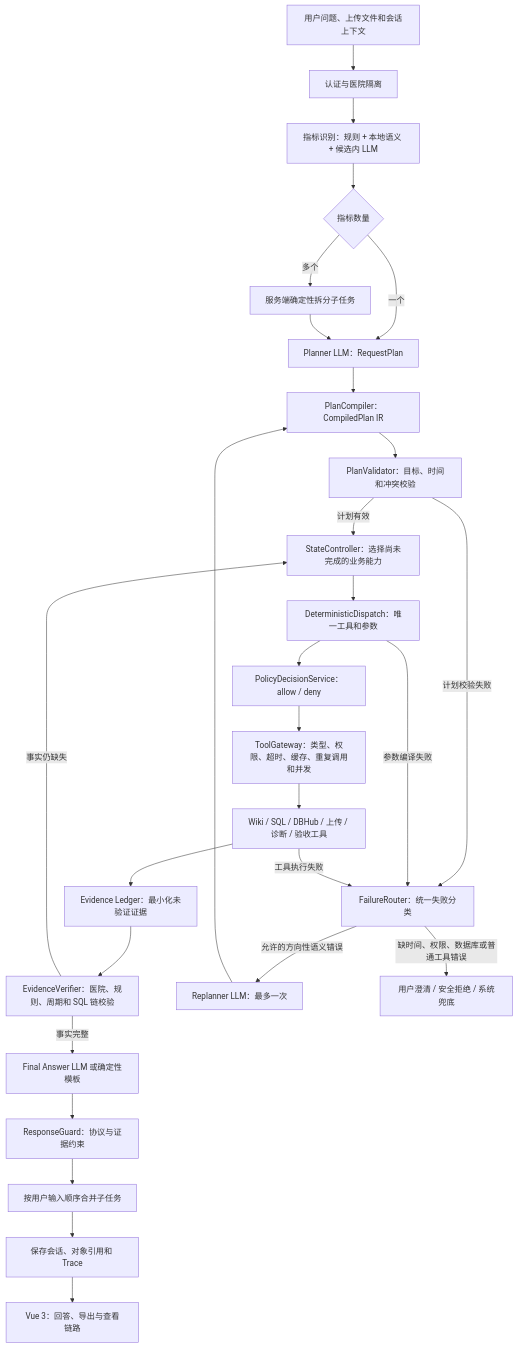
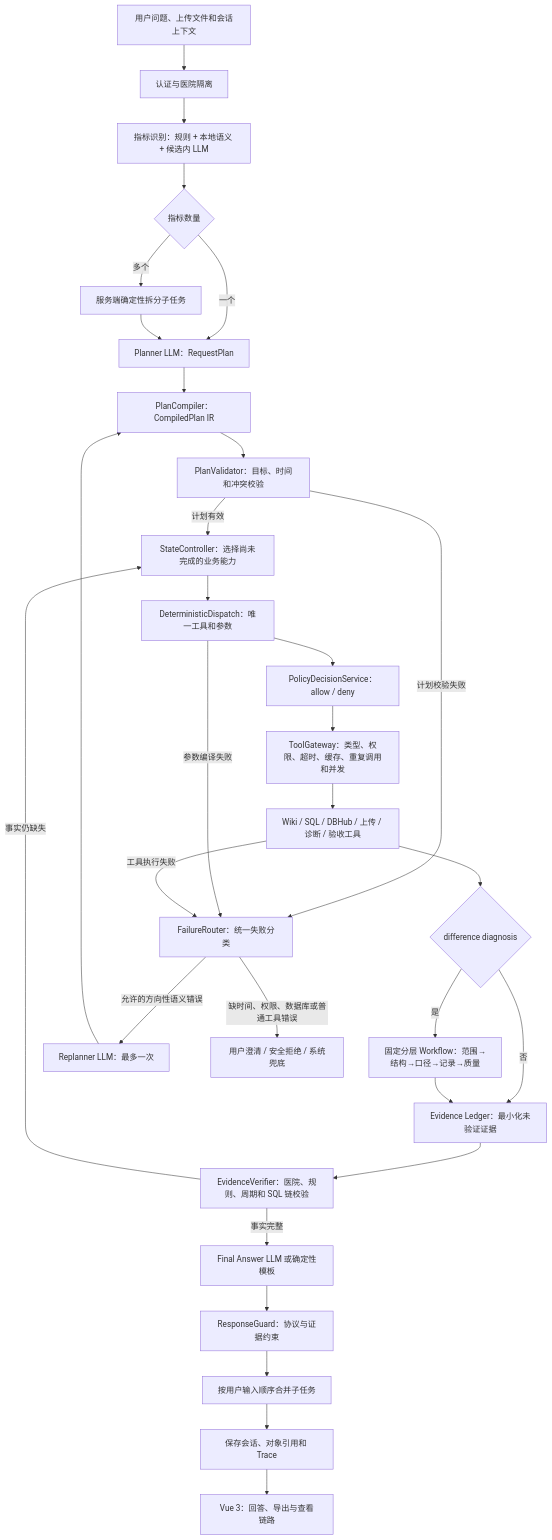
The diagram in docs/architecture/agent-runtime-current.md (KK456701/wiki-project), drawn with Mermaid before and after one commit. The commit also changed other lines of this file and 40 other files, not shown here.

````diff
--- a/docs/architecture/agent-runtime-current.md
+++ b/docs/architecture/agent-runtime-current.md
@@ -16,30 +16,34 @@
 ```mermaid
 flowchart TD
     U["用户问题、上传文件和会话上下文"] --> AUTH["认证与医院隔离"]
     AUTH --> RESOLVE["指标识别：规则 + 本地语义 + 候选内 LLM"]
     RESOLVE --> MULTI{"指标数量"}
     MULTI -->|多个| SPLIT["服务端确定性拆分子任务"]
     MULTI -->|一个| PLAN["Planner LLM：RequestPlan"]
     SPLIT --> PLAN
     PLAN --> COMPILE["PlanCompiler：CompiledPlan IR"]
     COMPILE --> VALIDATE["PlanValidator：目标、时间和冲突校验"]
     VALIDATE -->|计划有效| CTRL["StateController：选择尚未完成的业务能力"]
     VALIDATE -->|计划校验失败| FAILURE["FailureRouter：统一失败分类"]
     CTRL --> DISPATCH["DeterministicDispatch：唯一工具和参数"]
     DISPATCH -->|参数编译失败| FAILURE
     DISPATCH --> POLICY["PolicyDecisionService：allow / deny"]
     POLICY --> GATE["ToolGateway：类型、权限、超时、缓存、重复调用和并发"]
     GATE --> TOOL["Wiki / SQL / DBHub / 上传 / 诊断 / 验收工具"]
+    TOOL --> DIFF{"difference diagnosis"}
+    DIFF -->|是| DIFFWF["固定分层 Workflow：范围→结构→口径→记录→质量"]
+    DIFF -->|否| LEDGER
+    DIFFWF --> LEDGER
     TOOL -->|工具执行失败| FAILURE
-    TOOL --> LEDGER["Evidence Ledger：最小化未验证证据"]
+    LEDGER["Evidence Ledger：最小化未验证证据"]
     LEDGER --> VERIFY["EvidenceVerifier：医院、规则、周期和 SQL 链校验"]
     VERIFY -->|事实仍缺失| CTRL
     FAILURE -->|允许的方向性语义错误| REPLAN["Replanner LLM：最多一次"]
     FAILURE -->|缺时间、权限、数据库或普通工具错误| FALLBACK["用户澄清 / 安全拒绝 / 系统兜底"]
     REPLAN --> COMPILE
     VERIFY -->|事实完整| ANSWER["Final Answer LLM 或确定性模板"]
     ANSWER --> GUARD["ResponseGuard：协议与证据约束"]
     GUARD --> MERGE["按用户输入顺序合并子任务"]
     MERGE --> SAVE["保存会话、对象引用和 Trace"]
     SAVE --> VUE["Vue 3：回答、导出与查看链路"]
 ```
````
